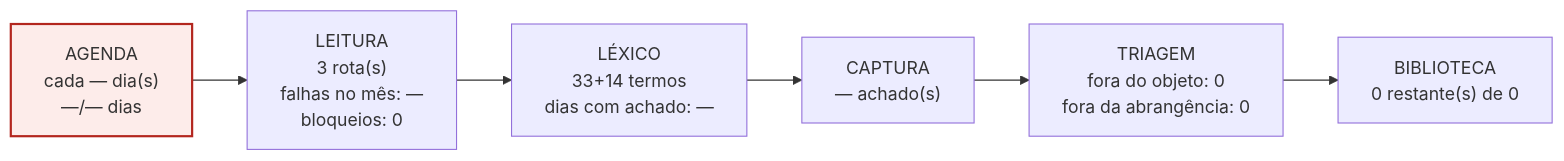
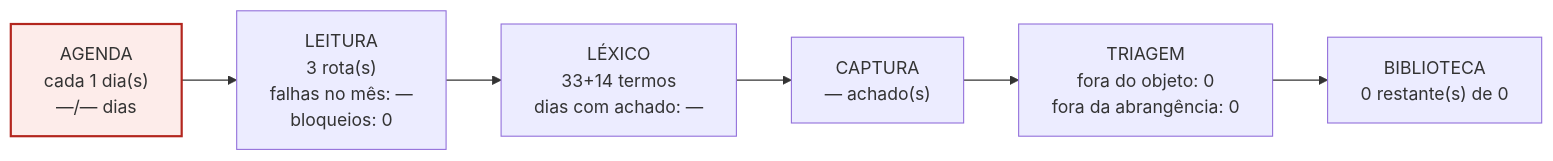
Diagram 30 of 30 in biblioteca_alexandria/pareceres/RELATORIO-MOTORES-INDIVIDUAL-2026-09-24.md (amcjardimamerica-arch/Eldorado), drawn with Mermaid before and after one commit. The commit also changed other lines of this file and 10 other files, not shown here.

````diff
--- a/biblioteca_alexandria/pareceres/RELATORIO-MOTORES-INDIVIDUAL-2026-09-24.md
+++ b/biblioteca_alexandria/pareceres/RELATORIO-MOTORES-INDIVIDUAL-2026-09-24.md
@@ -1117,11 +1117,11 @@
 ```mermaid
 flowchart LR
-  A["AGENDA<br/>cada — dia(s)<br/>—/— dias"]
+  A["AGENDA<br/>cada 1 dia(s)<br/>—/— dias"]
   L["LEITURA<br/>3 rota(s)<br/>falhas no mês: —<br/>bloqueios: 0"]
   X["LÉXICO<br/>33+14 termos<br/>dias com achado: —"]
   C["CAPTURA<br/>— achado(s)"]
   T["TRIAGEM<br/>fora do objeto: 0<br/>fora da abrangência: 0"]
   B["BIBLIOTECA<br/>0 restante(s) de 0"]
   A --> L --> X --> C --> T --> B
   style A fill:#FDECEA,stroke:#B3261E,stroke-width:2px
 ```
````
